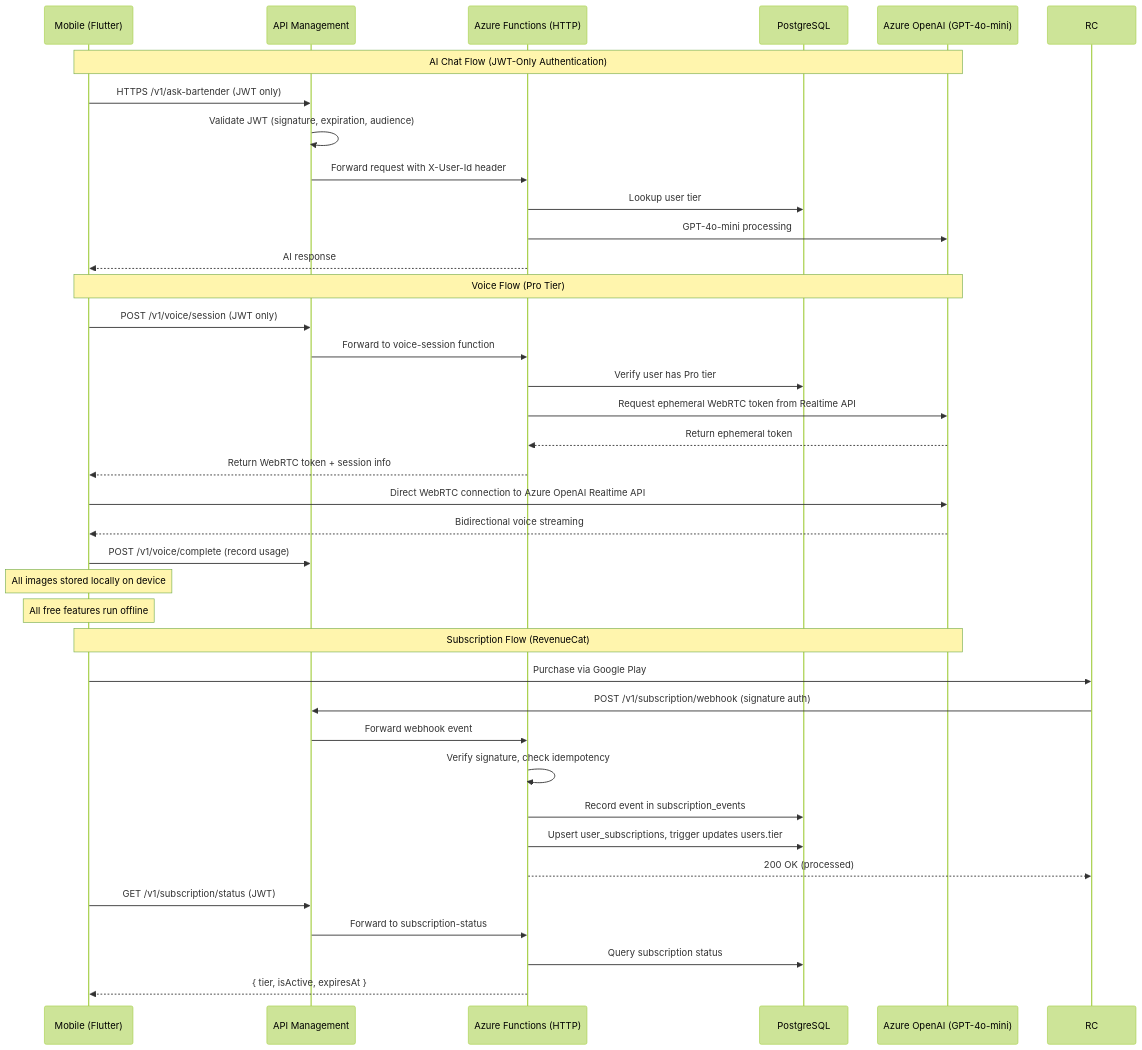
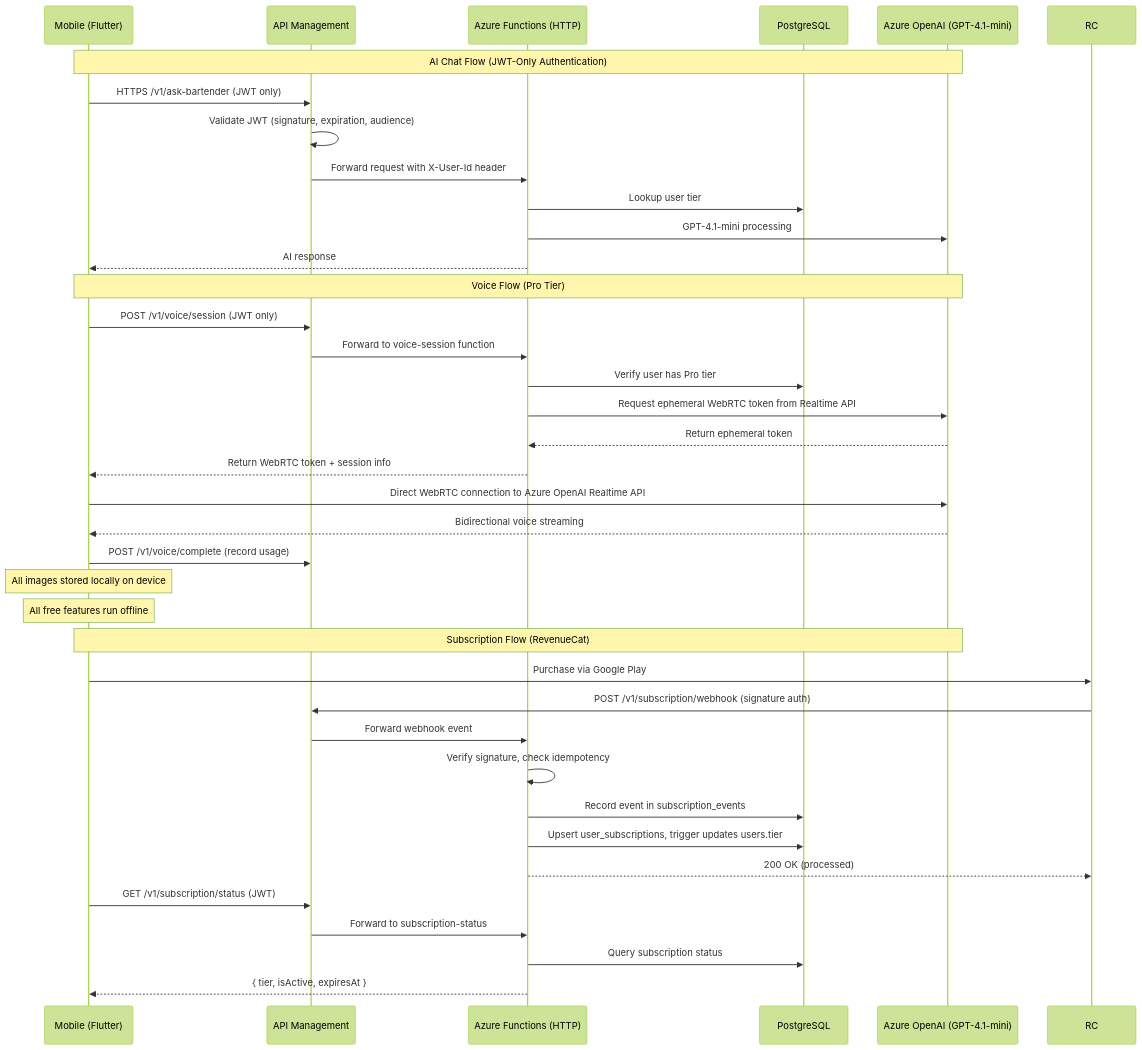
One commit to gwhitley1969/mybartenderAI-MVP changed the first of 3 diagrams in docs/ARCHITECTURE.md. Above: the diagram before and after it, drawn with Mermaid (forest theme). The commit also changed other lines of this file and 4 other files, not shown here.

First line of the commit message:
docs: Update Azure OpenAI model references for Jan 2026 migration

````diff
--- a/docs/ARCHITECTURE.md
+++ b/docs/ARCHITECTURE.md
@@ -87,43 +87,43 @@
 ```mermaid
 sequenceDiagram
   participant M as Mobile (Flutter)
   participant APIM as API Management
   participant F as Azure Functions (HTTP)
   participant DB as PostgreSQL
-  participant AI as Azure OpenAI (GPT-4o-mini)
+  participant AI as Azure OpenAI (GPT-4.1-mini)
 
   Note over M,AI: AI Chat Flow (JWT-Only Authentication)
   M->>APIM: HTTPS /v1/ask-bartender (JWT only)
   APIM->>APIM: Validate JWT (signature, expiration, audience)
   APIM->>F: Forward request with X-User-Id header
   F->>DB: Lookup user tier
-  F->>AI: GPT-4o-mini processing
+  F->>AI: GPT-4.1-mini processing
   F-->>M: AI response
 
   Note over M,AI: Voice Flow (Pro Tier)
   M->>APIM: POST /v1/voice/session (JWT only)
   APIM->>F: Forward to voice-session function
   F->>DB: Verify user has Pro tier
   F->>AI: Request ephemeral WebRTC token from Realtime API
   AI-->>F: Return ephemeral token
   F-->>M: Return WebRTC token + session info
   M->>AI: Direct WebRTC connection to Azure OpenAI Realtime API
   AI-->>M: Bidirectional voice streaming
   M->>APIM: POST /v1/voice/complete (record usage)
 
   Note over M: All images stored locally on device
   Note over M: All free features run offline
 
   Note over M,AI: Subscription Flow (RevenueCat)
   M->>RC: Purchase via Google Play
   RC->>APIM: POST /v1/subscription/webhook (signature auth)
   APIM->>F: Forward webhook event
   F->>F: Verify signature, check idempotency
   F->>DB: Record event in subscription_events
   F->>DB: Upsert user_subscriptions, trigger updates users.tier
   F-->>RC: 200 OK (processed)
   M->>APIM: GET /v1/subscription/status (JWT)
   APIM->>F: Forward to subscription-status
   F->>DB: Query subscription status
   F-->>M: { tier, isActive, expiresAt }
 ```
````
